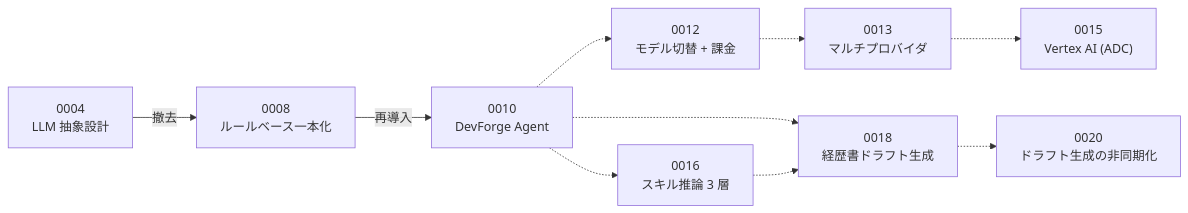
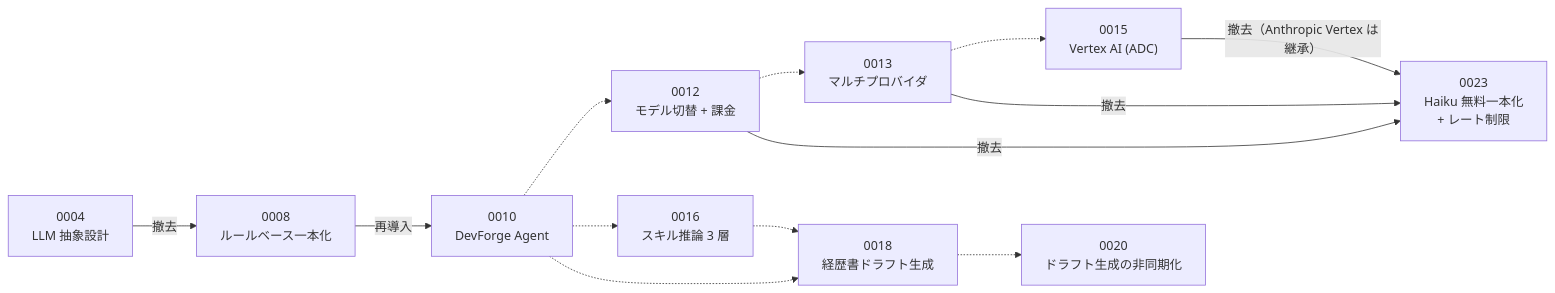
The first of 4 diagrams in docs/adr/README.md (yusuke0610/devforge), drawn with Mermaid before and after one commit. The commit also changed other lines of this file and 4 other files, not shown here.

````diff
--- a/docs/adr/README.md
+++ b/docs/adr/README.md
@@ -67,12 +66,15 @@
 ```mermaid
 graph LR
     A0004["0004<br/>LLM 抽象設計"] -->|"撤去"| A0008["0008<br/>ルールベース一本化"]
     A0008 -->|"再導入"| A0010["0010<br/>DevForge Agent"]
     A0010 -.-> A0012["0012<br/>モデル切替 + 課金"]
     A0012 -.-> A0013["0013<br/>マルチプロバイダ"]
     A0013 -.-> A0015["0015<br/>Vertex AI (ADC)"]
+    A0012 -->|"撤去"| A0023["0023<br/>Haiku 無料一本化<br/>+ レート制限"]
+    A0013 -->|"撤去"| A0023
+    A0015 -->|"撤去（Anthropic Vertex は継承）"| A0023
     A0010 -.-> A0016["0016<br/>スキル推論 3 層"]
     A0010 -.-> A0018["0018<br/>経歴書ドラフト生成"]
     A0016 -.-> A0018
     A0018 -.-> A0020["0020<br/>ドラフト生成の非同期化"]
 ```
````
